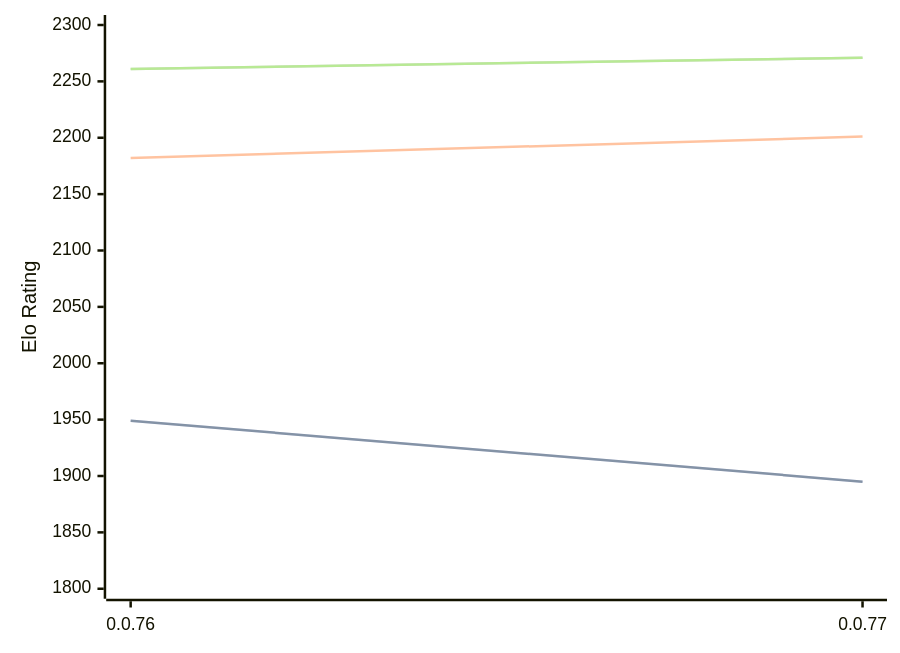
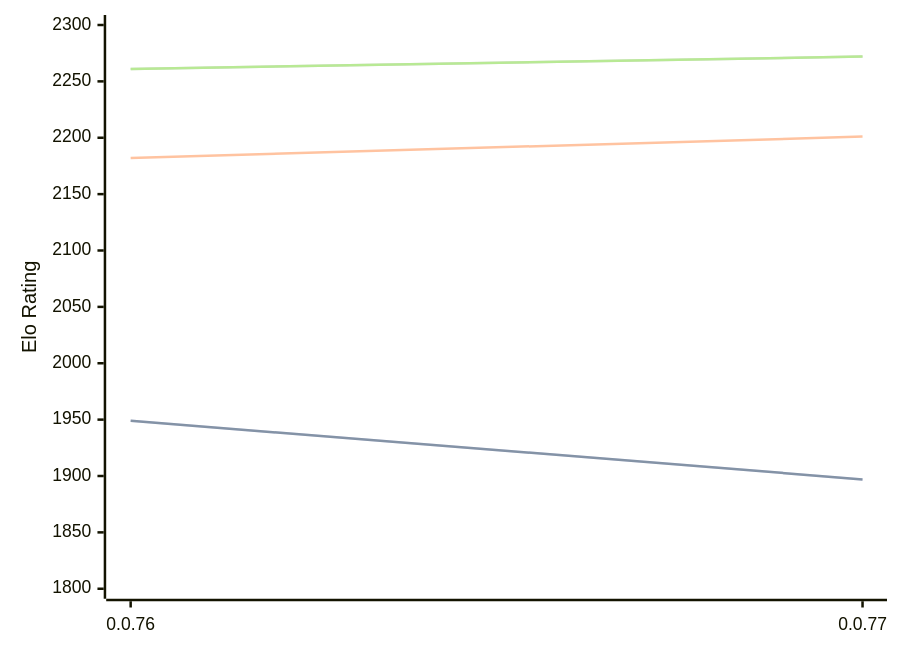
The diagram in engines/Fktb.md (computer-chess-index/cci), drawn with Mermaid before and after one commit. The commit also changed other lines of this file, not shown here.

Commit message:
Update CCI Ratings (ELO VLTC) - 2026-05-12

````diff
--- a/engines/Fktb.md
+++ b/engines/Fktb.md
@@ -32,11 +32,11 @@
 ```mermaid
 %%{init: {"theme":"base","themeVariables":{"seriesColors:['#a3a3a3','#222221','#faa371']}}}%%
 xychart-beta
   x-axis ["0.0.76", "0.0.77"]
   y-axis "Elo Rating" 1800 --> 2300
-  line "STC (8.0+0.08s)" [1949, 1895]
-  line "STC (8.0+0.08s)" [1949, 1895]
+  line "STC (8.0+0.08s)" [1949, 1897]
+  line "STC (8.0+0.08s)" [1949, 1897]
   line "LTC (60.0+0.60s)" [2182, 2201]
-  line "VLTC (2m24s+1.12s)" [2261, 2271]
-  line "VLTC (2m24s+1.12s)" [2261, 2271]
+  line "VLTC (2m24s+1.12s)" [2261, 2272]
+  line "VLTC (2m24s+1.12s)" [2261, 2272]
 ```
````
